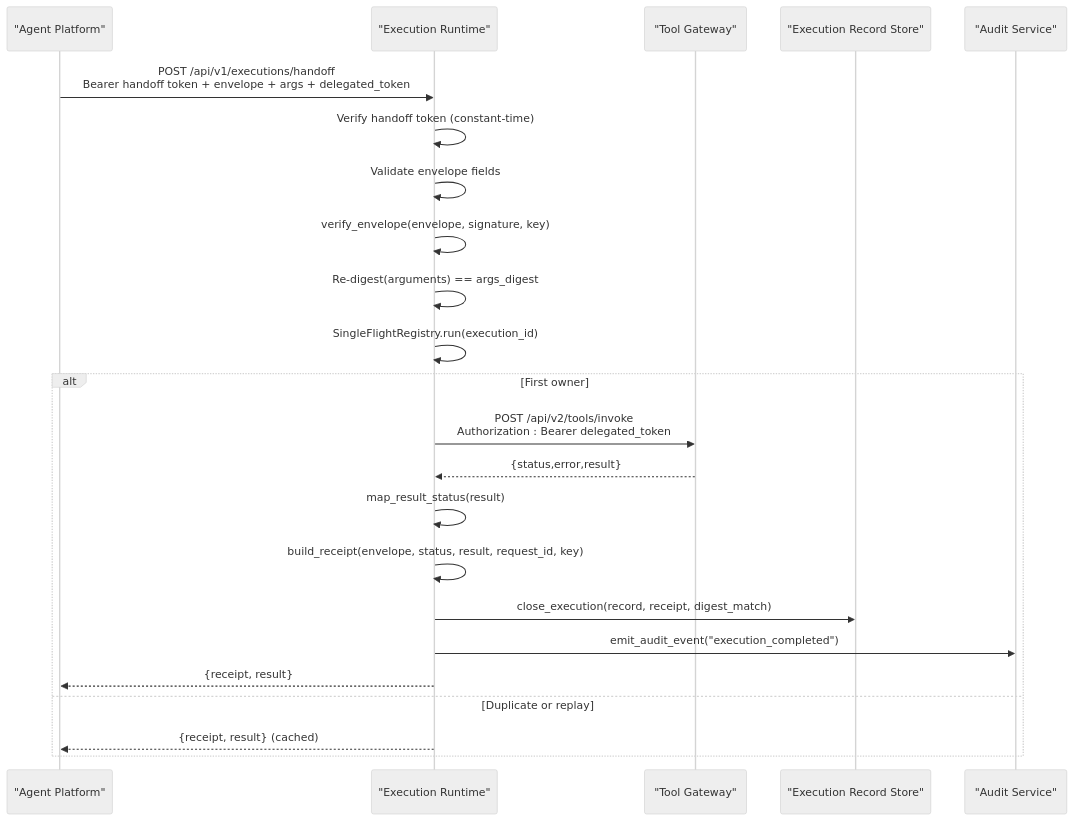
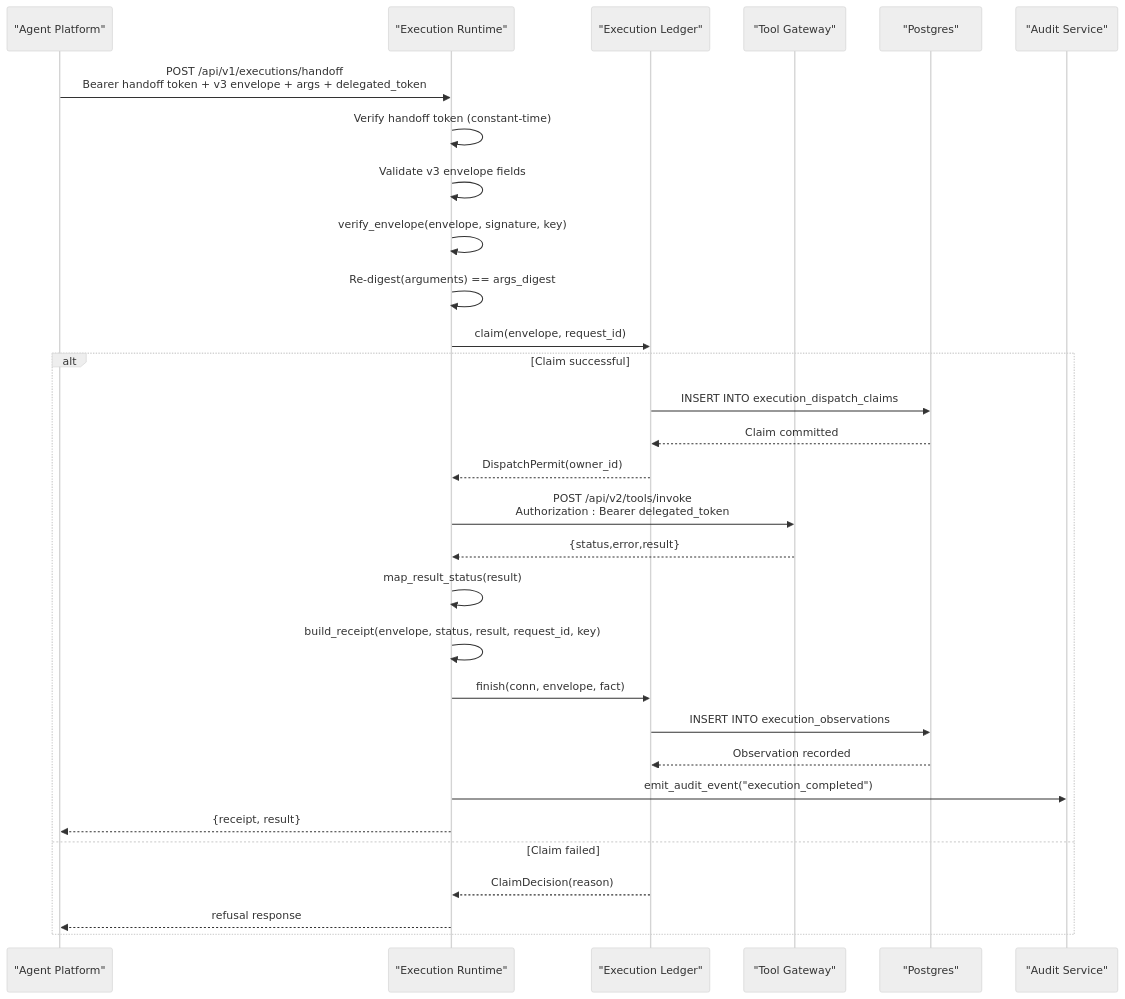
The second of 7 diagrams in .qoder/repowiki/en/content/Tool Execution Framework/Execution Runtime/Execution Runtime.md (metasync/luban-aiops), drawn with Mermaid (neutral theme) before and after one commit. The commit also changed other lines of this file and 19 other files, not shown here.

````diff
--- a/.qoder/repowiki/en/content/Tool Execution Framework/Execution Runtime/Execution Runtime.md
+++ b/.qoder/repowiki/en/content/Tool Execution Framework/Execution Runtime/Execution Runtime.md
@@ -103,25 +124,32 @@
 ```mermaid
 sequenceDiagram
 participant Agent as "Agent Platform"
 participant Worker as "Execution Runtime"
+participant Ledger as "Execution Ledger"
 participant Gateway as "Tool Gateway"
-participant Store as "Execution Record Store"
+participant Store as "Postgres"
 participant Audit as "Audit Service"
-Agent->>Worker : POST /api/v1/executions/handoff<br/>Bearer handoff token + envelope + args + delegated_token
+Agent->>Worker : POST /api/v1/executions/handoff<br/>Bearer handoff token + v3 envelope + args + delegated_token
 Worker->>Worker : Verify handoff token (constant-time)
-Worker->>Worker : Validate envelope fields
+Worker->>Worker : Validate v3 envelope fields
 Worker->>Worker : verify_envelope(envelope, signature, key)
 Worker->>Worker : Re-digest(arguments) == args_digest
-Worker->>Worker : SingleFlightRegistry.run(execution_id)
-alt First owner
+Worker->>Ledger : claim(envelope, request_id)
+alt Claim successful
+Ledger->>Store : INSERT INTO execution_dispatch_claims
+Store-->>Ledger : Claim committed
+Ledger-->>Worker : DispatchPermit(owner_id)
 Worker->>Gateway : POST /api/v2/tools/invoke<br/>Authorization : Bearer delegated_token
 Gateway-->>Worker : {status,error,result}
 Worker->>Worker : map_result_status(result)
 Worker->>Worker : build_receipt(envelope, status, result, request_id, key)
-Worker->>Store : close_execution(record, receipt, digest_match)
+Worker->>Ledger : finish(conn, envelope, fact)
+Ledger->>Store : INSERT INTO execution_observations
+Store-->>Ledger : Observation recorded
 Worker->>Audit : emit_audit_event("execution_completed")
 Worker-->>Agent : {receipt, result}
-else Duplicate or replay
-Worker-->>Agent : {receipt, result} (cached)
+else Claim failed
+Ledger-->>Worker : ClaimDecision(reason)
+Worker-->>Agent : refusal response
 end
 ```
````
